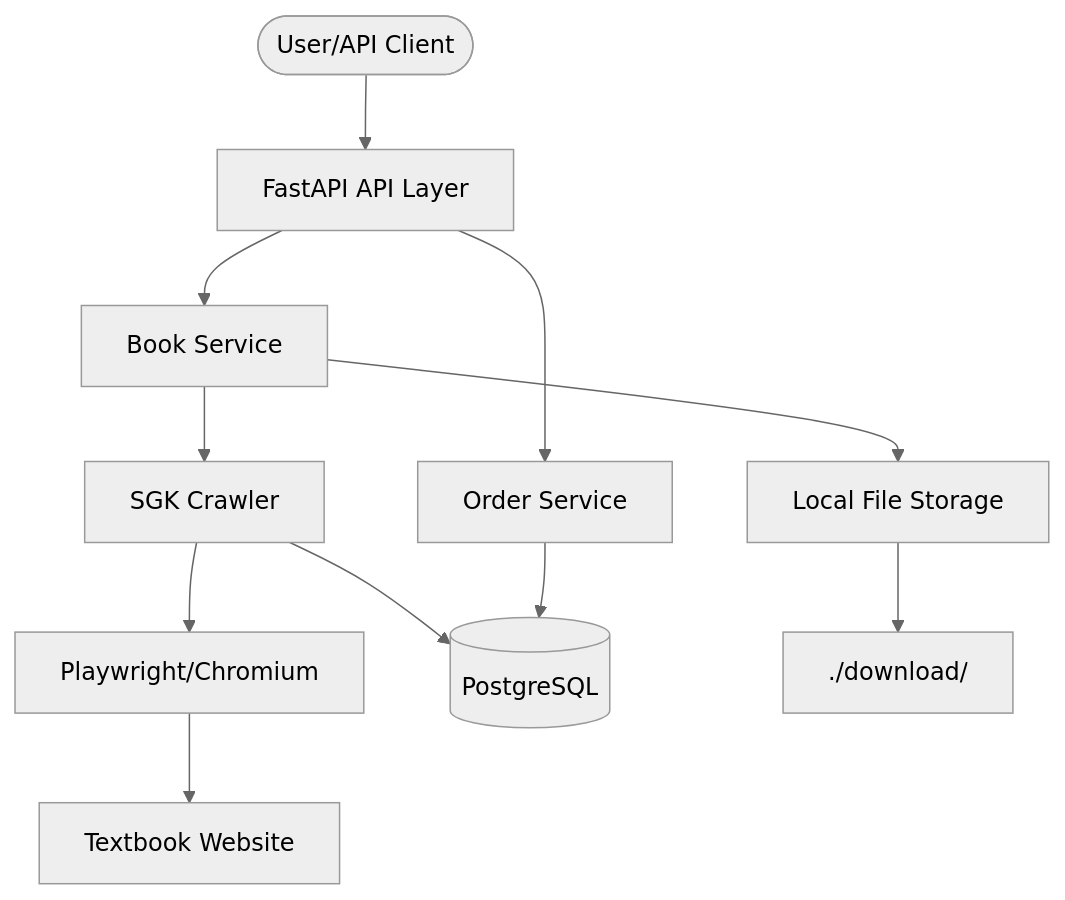
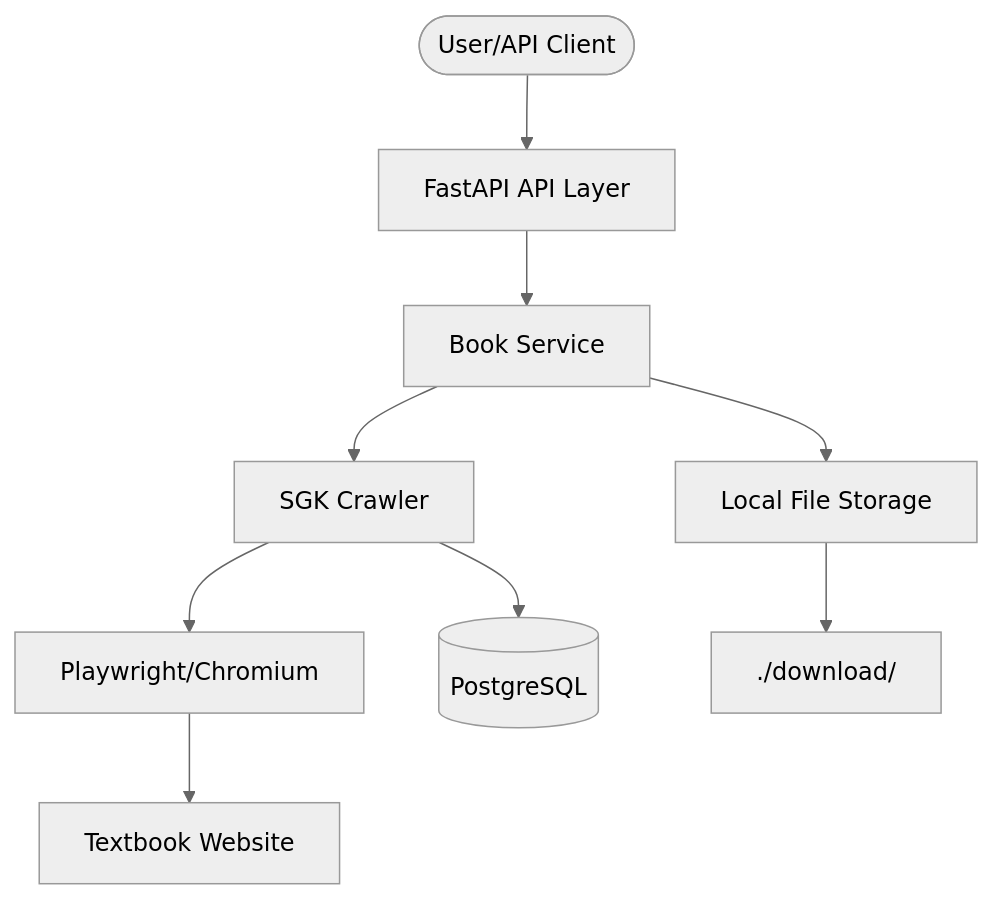
The diagram in AGENTS.md (baokha04/crawler-sgk), drawn with Mermaid (neutral theme) before and after one commit. The commit also changed other lines of this file and 19 other files, not shown here.

````diff
--- a/AGENTS.md
+++ b/AGENTS.md
@@ -61,13 +66,11 @@
 ```mermaid
 graph TD
     User([User/API Client]) --> API[FastAPI API Layer]
     API --> BookService[Book Service]
-    API --> OrderService[Order Service]
     BookService --> Crawler[SGK Crawler]
     Crawler --> Playwright[Playwright/Chromium]
     Playwright --> Website[Textbook Website]
     Crawler --> DB[(PostgreSQL)]
     BookService --> Storage[Local File Storage]
     Storage --> DownloadDir[./download/]
-    OrderService --> DB
 ```
````
